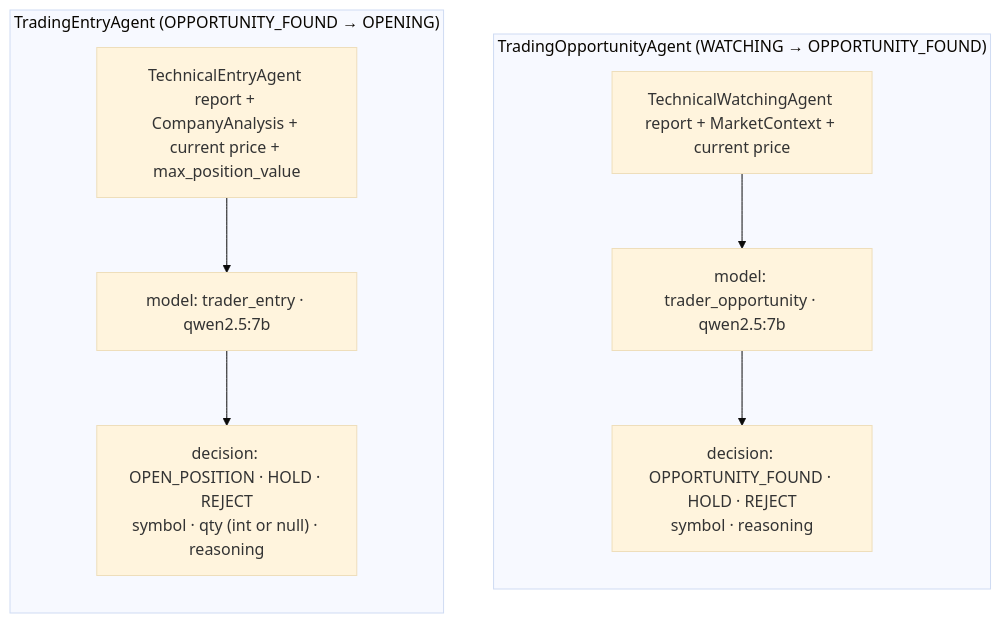
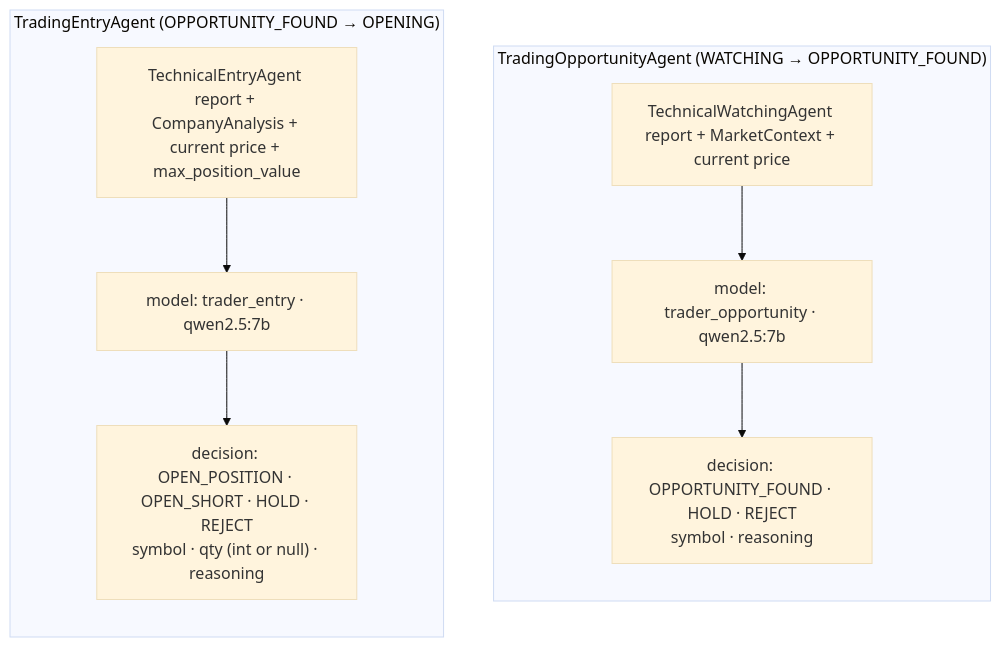
One commit to juandgm13/Trading-AI-Agent changed the sixth of 6 diagrams in docs/architecture.md. Above: the diagram before and after it, drawn with Mermaid (base theme). The commit also changed other lines of this file and 9 other files, not shown here.

First line of the commit message:
feat(short): short selling opcional con ALLOW_SHORT_SELLING + position_side en symbol_states

````diff
--- a/docs/architecture.md
+++ b/docs/architecture.md
@@ -172,18 +172,18 @@
 ```mermaid
 flowchart TB
     subgraph OPP["TradingOpportunityAgent (WATCHING → OPPORTUNITY_FOUND)"]
         direction TB
         OI["TechnicalWatchingAgent report + MarketContext + current price"]
         OA["model: trader_opportunity · qwen2.5:7b"]
         OO["decision: OPPORTUNITY_FOUND · HOLD · REJECT\nsymbol · reasoning"]
         OI --> OA --> OO
     end
 
     subgraph ENT["TradingEntryAgent (OPPORTUNITY_FOUND → OPENING)"]
         direction TB
         EI["TechnicalEntryAgent report + CompanyAnalysis + current price + max_position_value"]
         EA["model: trader_entry · qwen2.5:7b"]
-        EO["decision: OPEN_POSITION · HOLD · REJECT\nsymbol · qty (int or null) · reasoning"]
+        EO["decision: OPEN_POSITION · OPEN_SHORT · HOLD · REJECT\nsymbol · qty (int or null) · reasoning"]
         EI --> EA --> EO
     end
 ```
````
